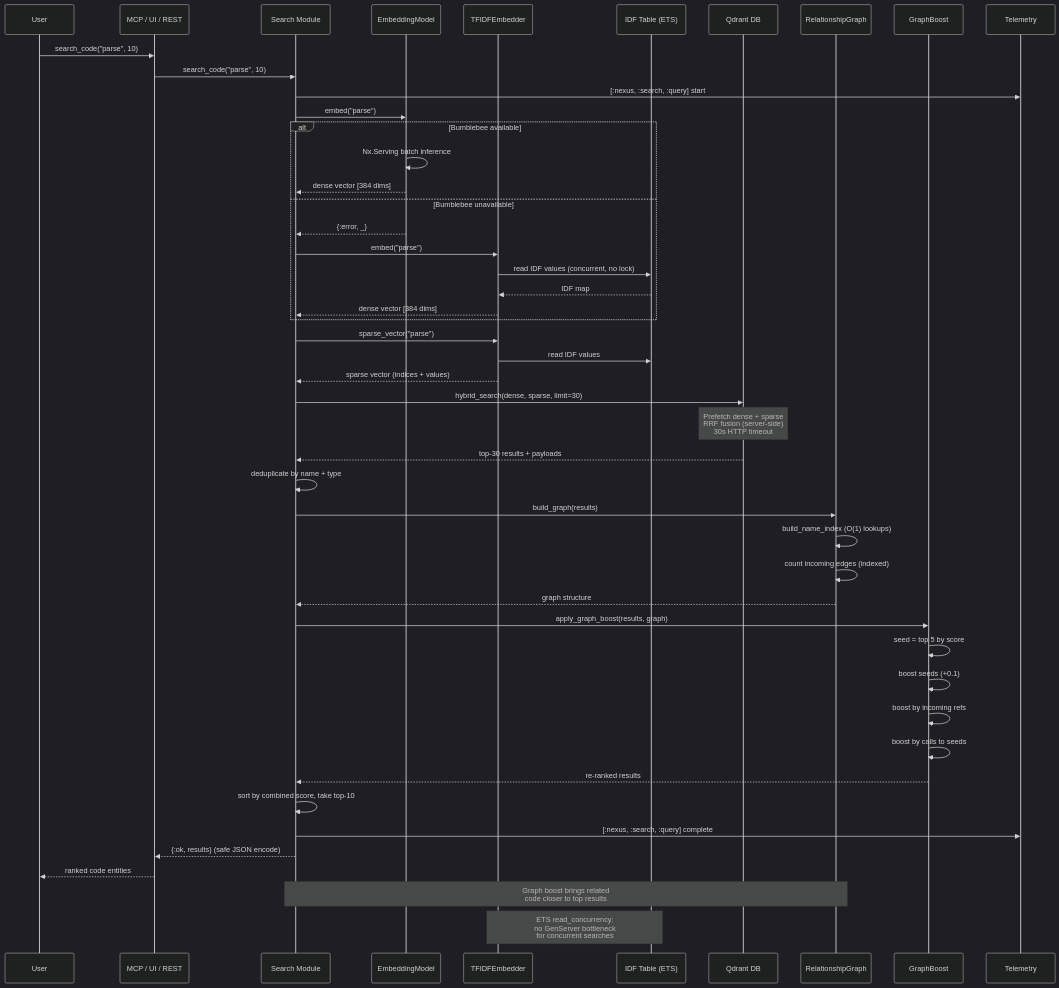
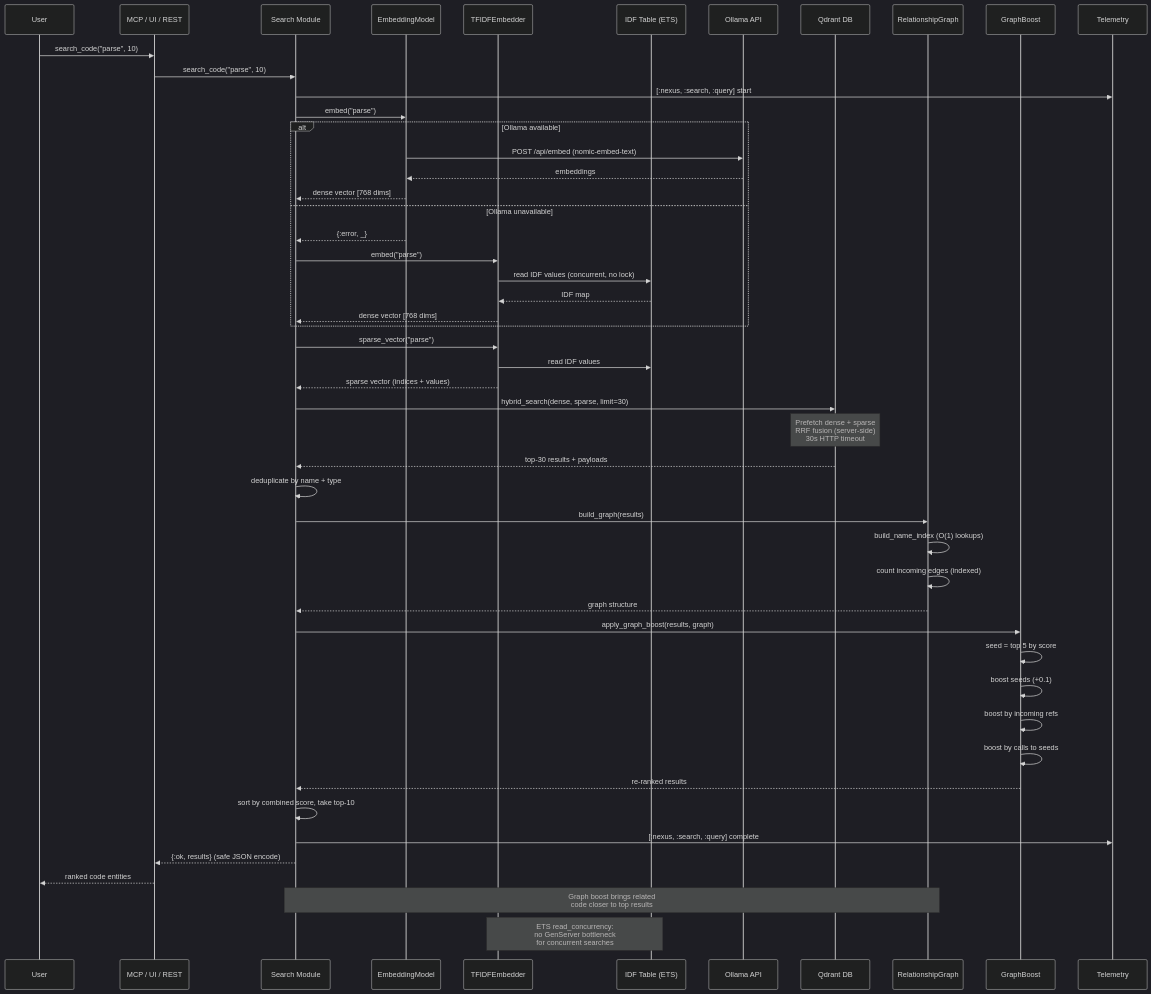
One commit to iksnerd/code-nexus changed the diagram in docs/ARCHITECTURE_DATAFLOW.mmd. Above: the diagram before and after it, drawn with Mermaid (dark theme). The commit also changed 72 other files, not shown here.

First line of the commit message:
Streamable HTTP transport, Ollama embeddings, CI/CD, formatter

```diff
--- a/docs/ARCHITECTURE_DATAFLOW.mmd
+++ b/docs/ARCHITECTURE_DATAFLOW.mmd
@@ -1,57 +1,59 @@
 sequenceDiagram
     participant User
     participant MCP as MCP / UI / REST
     participant Search as Search Module
     participant Embedder as EmbeddingModel
     participant TFIDF as TFIDFEmbedder
     participant IDFETS as IDF Table (ETS)
+    participant Ollama as Ollama API
     participant Qdrant as Qdrant DB
     participant Graph as RelationshipGraph
     participant Boost as GraphBoost
     participant Telemetry as Telemetry
 
     User->>MCP: search_code("parse", 10)
     MCP->>Search: search_code("parse", 10)
     Search->>Telemetry: [:nexus, :search, :query] start
 
     Search->>Embedder: embed("parse")
-    alt Bumblebee available
-        Embedder->>Embedder: Nx.Serving batch inference
-        Embedder-->>Search: dense vector [384 dims]
-    else Bumblebee unavailable
+    alt Ollama available
+        Embedder->>Ollama: POST /api/embed (nomic-embed-text)
+        Ollama-->>Embedder: embeddings
+        Embedder-->>Search: dense vector [768 dims]
+    else Ollama unavailable
         Embedder-->>Search: {:error, _}
         Search->>TFIDF: embed("parse")
         TFIDF->>IDFETS: read IDF values (concurrent, no lock)
         IDFETS-->>TFIDF: IDF map
-        TFIDF-->>Search: dense vector [384 dims]
+        TFIDF-->>Search: dense vector [768 dims]
     end
 
     Search->>TFIDF: sparse_vector("parse")
     TFIDF->>IDFETS: read IDF values
     TFIDF-->>Search: sparse vector (indices + values)
 
     Search->>Qdrant: hybrid_search(dense, sparse, limit=30)
     Note over Qdrant: Prefetch dense + sparse<br/>RRF fusion (server-side)<br/>30s HTTP timeout
     Qdrant-->>Search: top-30 results + payloads
 
     Search->>Search: deduplicate by name + type
 
     Search->>Graph: build_graph(results)
     Graph->>Graph: build_name_index (O(1) lookups)
     Graph->>Graph: count incoming edges (indexed)
     Graph-->>Search: graph structure
 
     Search->>Boost: apply_graph_boost(results, graph)
     Boost->>Boost: seed = top 5 by score
     Boost->>Boost: boost seeds (+0.1)
     Boost->>Boost: boost by incoming refs
     Boost->>Boost: boost by calls to seeds
     Boost-->>Search: re-ranked results
 
     Search->>Search: sort by combined score, take top-10
     Search->>Telemetry: [:nexus, :search, :query] complete
     Search-->>MCP: {:ok, results} (safe JSON encode)
     MCP-->>User: ranked code entities
 
     Note over Search,Graph: Graph boost brings related<br/>code closer to top results
     Note over TFIDF,IDFETS: ETS read_concurrency:<br/>no GenServer bottleneck<br/>for concurrent searches
```
